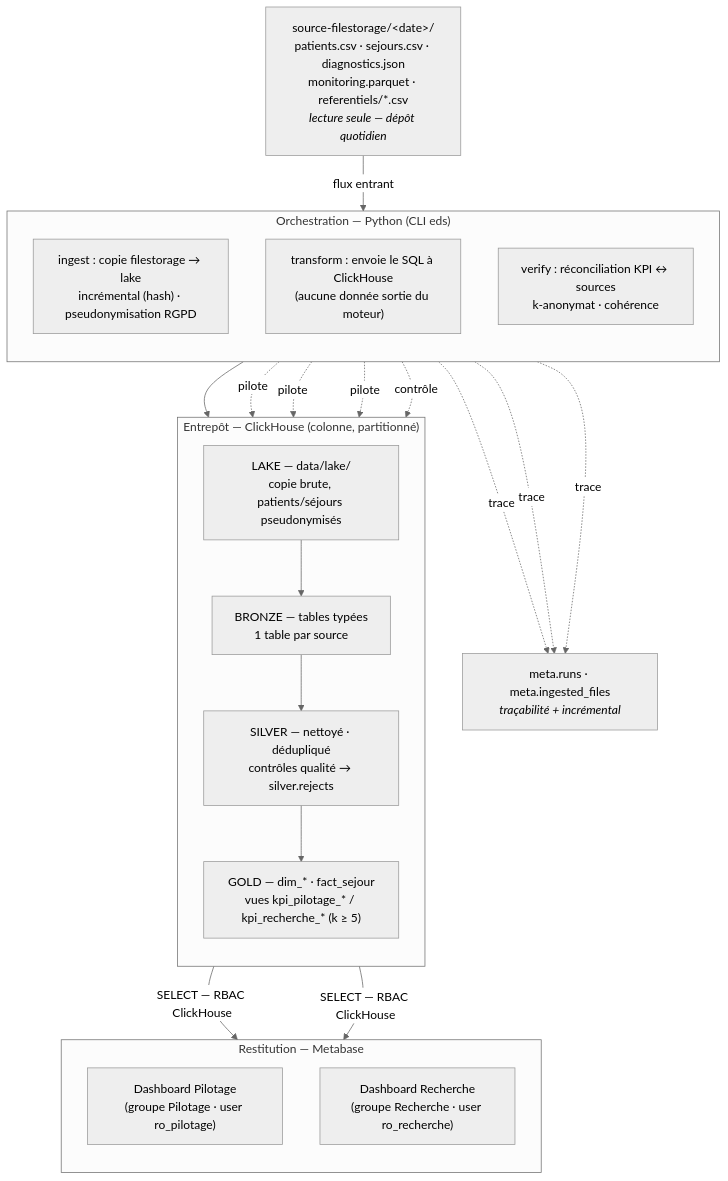
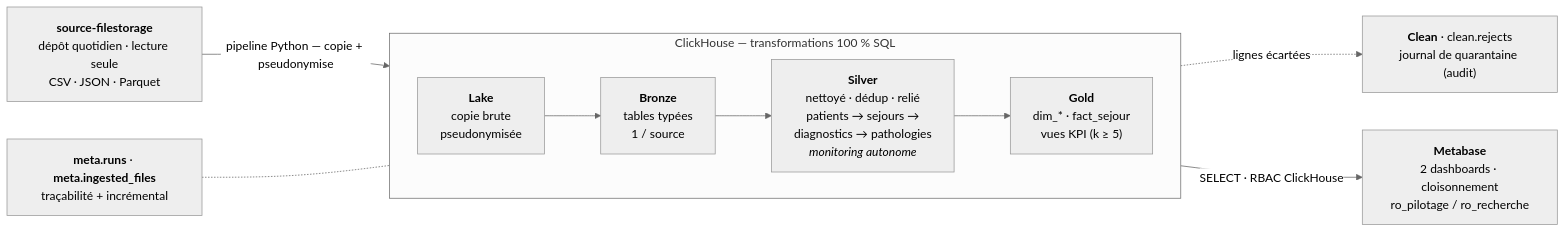
One commit to POWLAIR/efrei-eds-chu changed the diagram in report/architecture.mmd. Above: the diagram before and after it, drawn with Mermaid (neutral theme). The commit also changed 4 other files, not shown here.

First line of the commit message:
build(report): schéma d'architecture redessiné, dossier PDF compacté

```diff
--- a/report/architecture.mmd
+++ b/report/architecture.mmd
@@ -1,38 +1,20 @@
-flowchart TB
-    FS["source-filestorage/&lt;date&gt;/<br/>patients.csv · sejours.csv · diagnostics.json<br/>monitoring.parquet · referentiels/*.csv<br/><i>lecture seule — dépôt quotidien</i>"]
+flowchart LR
+    FS["<b>source-filestorage</b><br/>dépôt quotidien · lecture seule<br/>CSV · JSON · Parquet"]
 
-    subgraph PY["Orchestration — Python (CLI eds)"]
-        direction TB
-        ING["ingest : copie filestorage → lake<br/>incrémental (hash) · pseudonymisation RGPD"]
-        TR["transform : envoie le SQL à ClickHouse<br/>(aucune donnée sortie du moteur)"]
-        VF["verify : réconciliation KPI ↔ sources<br/>k-anonymat · cohérence"]
-    end
-
-    subgraph CH["Entrepôt — ClickHouse (colonne, partitionné)"]
-        direction TB
-        LK["LAKE — data/lake/<br/>copie brute, patients/séjours pseudonymisés"]
-        BR["BRONZE — tables typées<br/>1 table par source"]
-        SV["SILVER — nettoyé · dédupliqué<br/>contrôles qualité → silver.rejects"]
-        GD["GOLD — dim_* · fact_sejour<br/>vues kpi_pilotage_* / kpi_recherche_* (k ≥ 5)"]
+    subgraph CH["ClickHouse — transformations 100 % SQL"]
+        direction LR
+        LK["<b>Lake</b><br/>copie brute<br/>pseudonymisée"]
+        BR["<b>Bronze</b><br/>tables typées<br/>1 / source"]
+        SV["<b>Silver</b><br/>nettoyé · dédup · relié<br/>patients → sejours →<br/>diagnostics → pathologies<br/><i>monitoring autonome</i>"]
+        GD["<b>Gold</b><br/>dim_* · fact_sejour<br/>vues KPI (k ≥ 5)"]
         LK --> BR --> SV --> GD
     end
 
-    subgraph MB["Restitution — Metabase"]
-        direction TB
-        DPIL["Dashboard Pilotage<br/>(groupe Pilotage · user ro_pilotage)"]
-        DREC["Dashboard Recherche<br/>(groupe Recherche · user ro_recherche)"]
-    end
+    CLN["<b>Clean</b> · clean.rejects<br/>journal de quarantaine (audit)"]
+    MB["<b>Metabase</b><br/>2 dashboards · cloisonnement<br/>ro_pilotage / ro_recherche"]
+    META["<b>meta.runs</b> · <b>meta.ingested_files</b><br/>traçabilité + incrémental"]
 
-    META["meta.runs · meta.ingested_files<br/><i>traçabilité + incrémental</i>"]
-
-    FS -->|"flux entrant"| ING
-    ING --> LK
-    TR -.pilote.-> BR
-    TR -.pilote.-> SV
-    TR -.pilote.-> GD
-    VF -.contrôle.-> GD
-    GD -->|"SELECT — RBAC ClickHouse"| DPIL
-    GD -->|"SELECT — RBAC ClickHouse"| DREC
-    ING -.trace.-> META
-    TR -.trace.-> META
-    VF -.trace.-> META
+    FS -->|"pipeline Python — copie + pseudonymise"| LK
+    SV -.->|"lignes écartées"| CLN
+    GD -->|"SELECT · RBAC ClickHouse"| MB
+    META -.- CH
```
